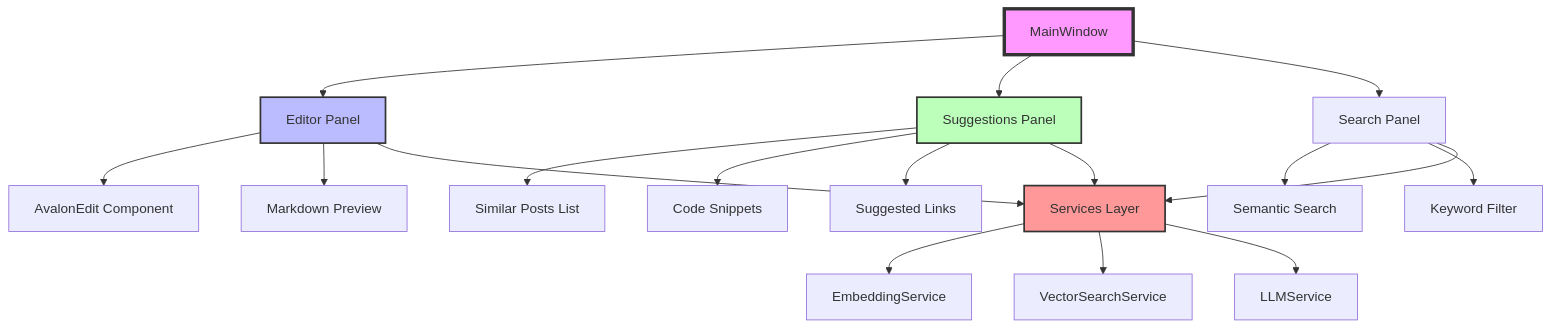
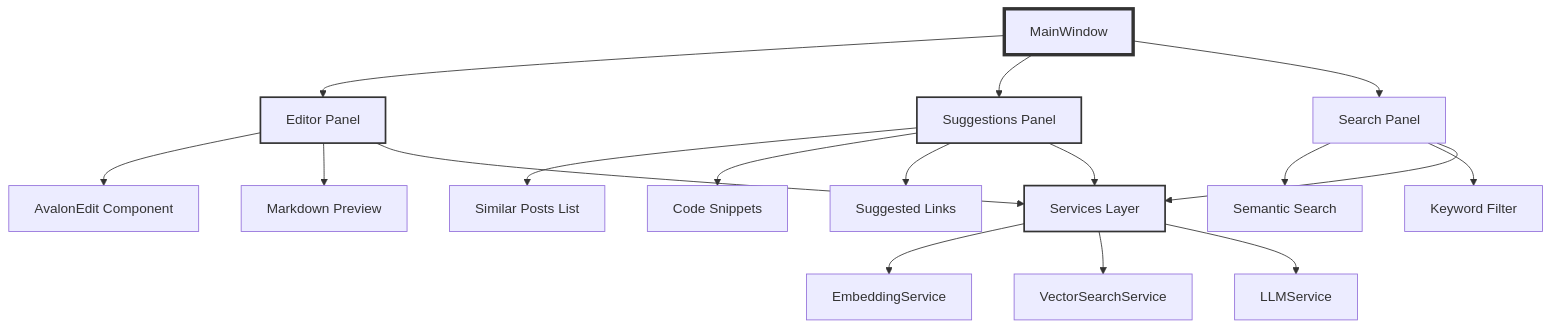
Before and after one commit to Shaddix/mostlylucidweb: the diagram in Mostlylucid/Markdown/building-a-lawyer-gpt-for-your-blog-part5.md, drawn with Mermaid. The commit also changed 7 other files, not shown here.

First line of the commit message:
Update Mermaid diagrams in Lawyer GPT series for dark mode compatibility

````diff
--- a/Mostlylucid/Markdown/building-a-lawyer-gpt-for-your-blog-part5.md
+++ b/Mostlylucid/Markdown/building-a-lawyer-gpt-for-your-blog-part5.md
@@ -45,29 +45,32 @@
 ```mermaid
 graph TB
     A[MainWindow] --> B[Editor Panel]
     A --> C[Suggestions Panel]
     A --> D[Search Panel]
 
     B --> E[AvalonEdit Component]
     B --> F[Markdown Preview]
 
     C --> G[Similar Posts List]
     C --> H[Code Snippets]
     C --> I[Suggested Links]
 
     D --> J[Semantic Search]
     D --> K[Keyword Filter]
 
     L[Services Layer] --> M[EmbeddingService]
     L --> N[VectorSearchService]
     L --> O[LLMService]
 
     B --> L
     C --> L
     D --> L
 
-    style A fill:#f9f,stroke:#333,stroke-width:4px
-    style B fill:#bbf,stroke:#333,stroke-width:2px
-    style C fill:#bfb,stroke:#333,stroke-width:2px
-    style L fill:#f99,stroke:#333,stroke-width:2px
+    class A mainWindow
+    class B,C ui
+    class L services
+
+    classDef mainWindow stroke:#333,stroke-width:4px
+    classDef ui stroke:#333,stroke-width:2px
+    classDef services stroke:#333,stroke-width:2px
 ```
````
